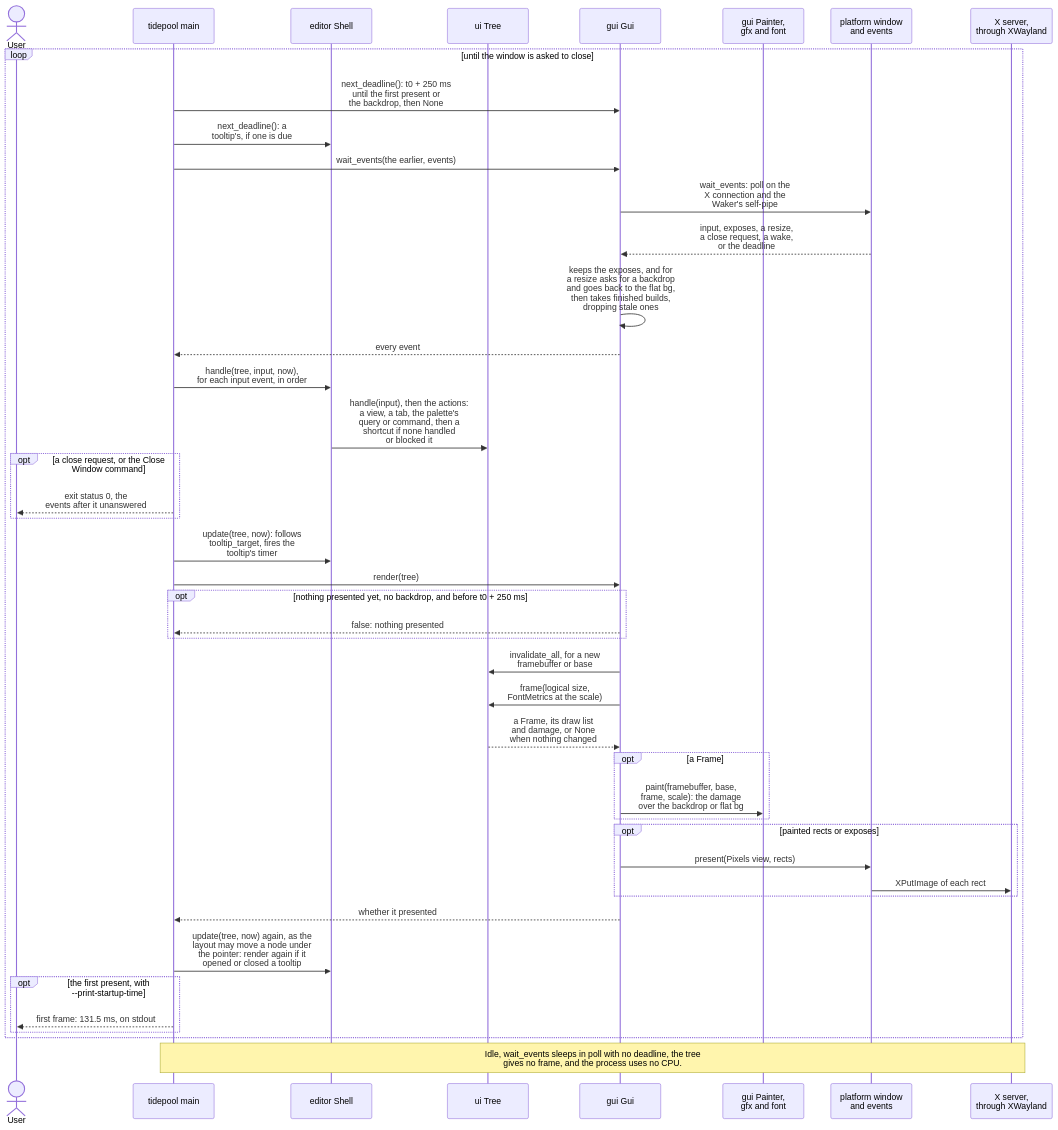
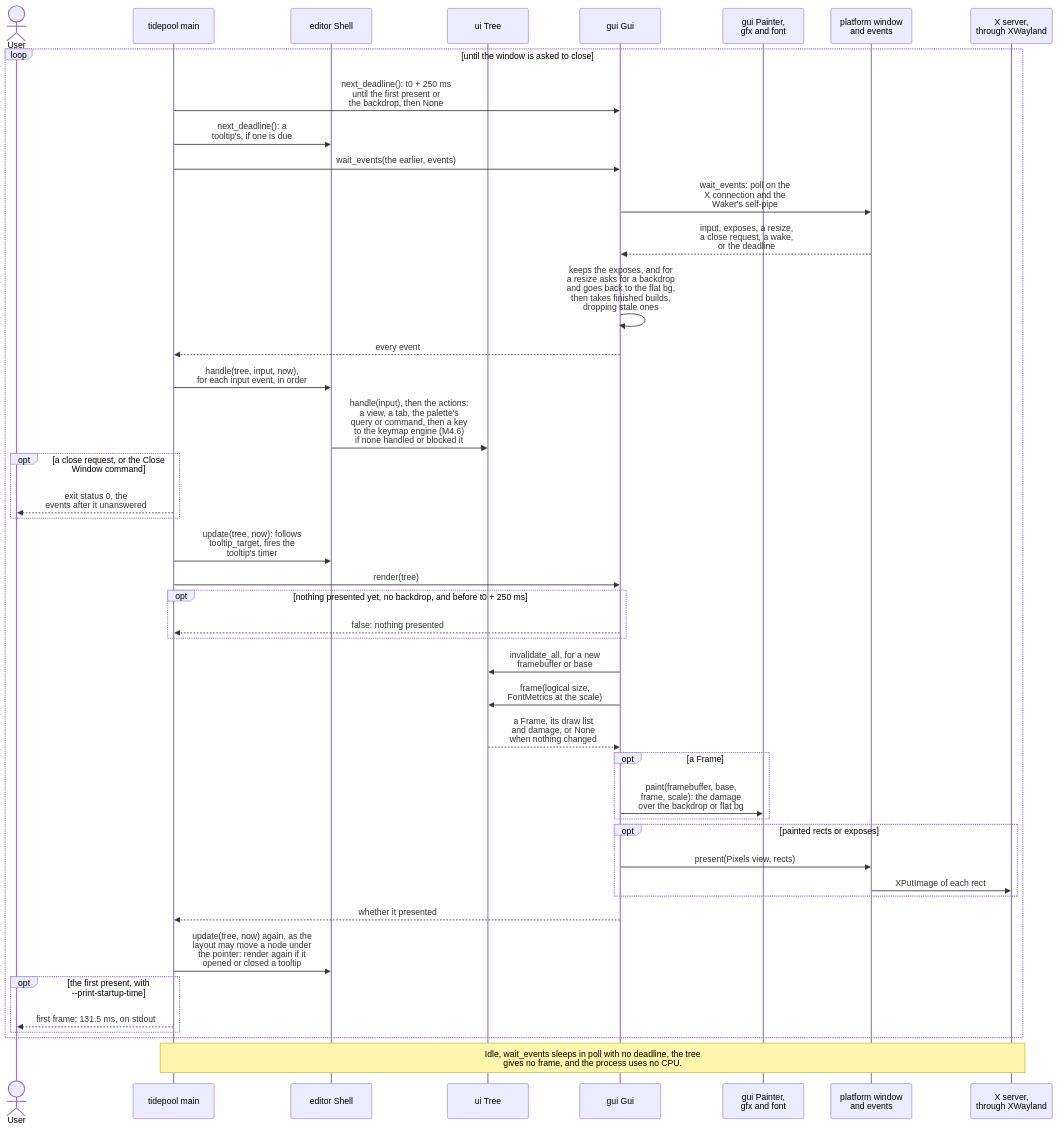
Before and after one commit to jabbott-iii/Tidepool: diagram 11 of 24 in diagrams/sequence-diagrams.md, drawn with Mermaid. The commit also changed other lines of this file and 41 other files, not shown here.

````diff
--- a/diagrams/sequence-diagrams.md
+++ b/diagrams/sequence-diagrams.md
@@ -594,47 +594,47 @@
 ```mermaid
 sequenceDiagram
     actor User
     participant Main as tidepool main
     participant Shell as editor Shell
     participant Tree as ui Tree
     participant Gui as gui Gui
     participant Draw as gui Painter,<br/>gfx and font
     participant Plat as platform window<br/>and events
     participant Disp as X server,<br/>through XWayland
 
     loop until the window is asked to close
         Main->>Gui: next_deadline(): t0 + 250 ms<br/>until the first present or<br/>the backdrop, then None
         Main->>Shell: next_deadline(): a<br/>tooltip's, if one is due
         Main->>Gui: wait_events(the earlier, events)
         Gui->>Plat: wait_events: poll on the<br/>X connection and the<br/>Waker's self-pipe
         Plat-->>Gui: input, exposes, a resize,<br/>a close request, a wake,<br/>or the deadline
         Gui->>Gui: keeps the exposes, and for<br/>a resize asks for a backdrop<br/>and goes back to the flat bg,<br/>then takes finished builds,<br/>dropping stale ones
         Gui-->>Main: every event
         Main->>Shell: handle(tree, input, now),<br/>for each input event, in order
-        Shell->>Tree: handle(input), then the actions:<br/>a view, a tab, the palette's<br/>query or command, then a<br/>shortcut if none handled<br/>or blocked it
+        Shell->>Tree: handle(input), then the actions:<br/>a view, a tab, the palette's<br/>query or command, then a key<br/>to the keymap engine (M4.6)<br/>if none handled or blocked it
         opt a close request, or the Close Window command
             Main-->>User: exit status 0, the<br/>events after it unanswered
         end
         Main->>Shell: update(tree, now): follows<br/>tooltip_target, fires the<br/>tooltip's timer
         Main->>Gui: render(tree)
         opt nothing presented yet, no backdrop, and before t0 + 250 ms
             Gui-->>Main: false: nothing presented
         end
         Gui->>Tree: invalidate_all, for a new<br/>framebuffer or base
         Gui->>Tree: frame(logical size,<br/>FontMetrics at the scale)
         Tree-->>Gui: a Frame, its draw list<br/>and damage, or None<br/>when nothing changed
         opt a Frame
             Gui->>Draw: paint(framebuffer, base,<br/>frame, scale): the damage<br/>over the backdrop or flat bg
         end
         opt painted rects or exposes
             Gui->>Plat: present(Pixels view, rects)
             Plat->>Disp: XPutImage of each rect
         end
         Gui-->>Main: whether it presented
         Main->>Shell: update(tree, now) again, as the<br/>layout may move a node under<br/>the pointer: render again if it<br/>opened or closed a tooltip
         opt the first present, with --print-startup-time
             Main-->>User: first frame: 131.5 ms, on stdout
         end
     end
     Note over Main,Disp: Idle, wait_events sleeps in poll with no deadline, the tree<br/>gives no frame, and the process uses no CPU.
 ```
````
